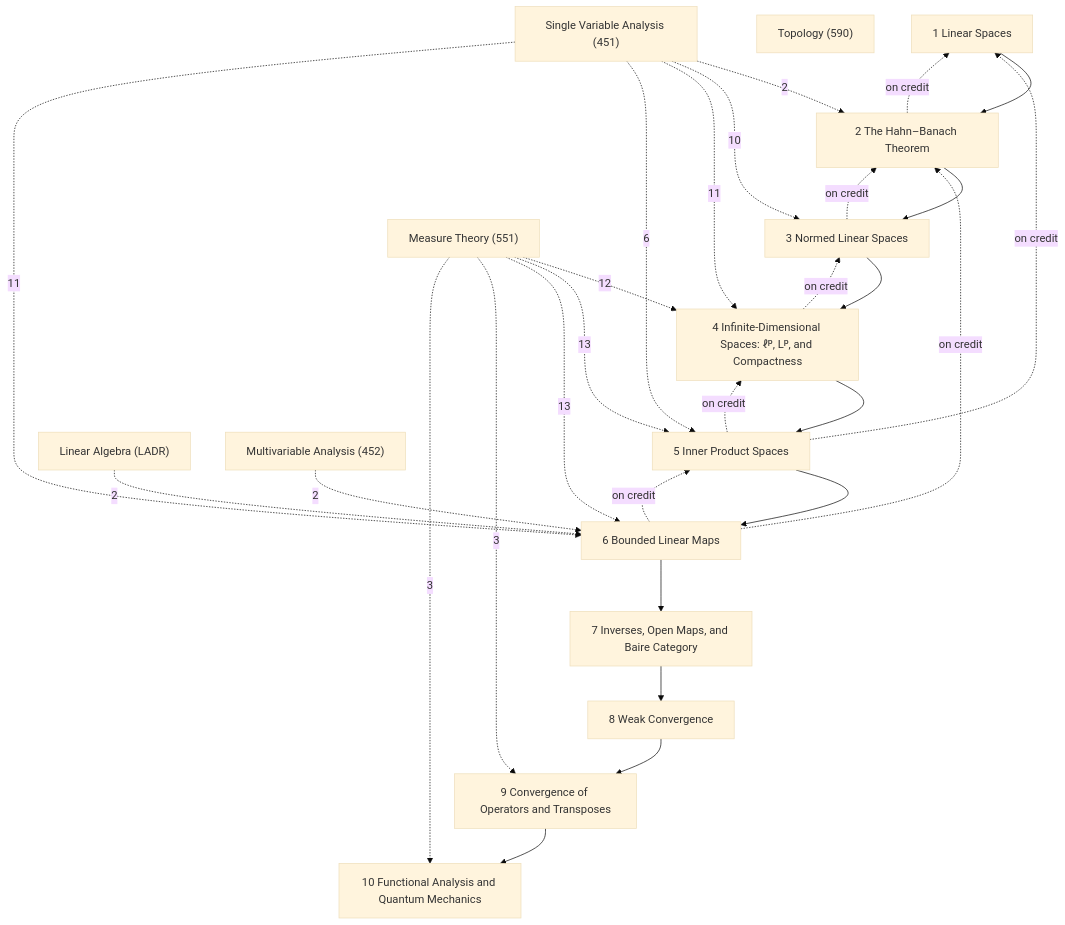
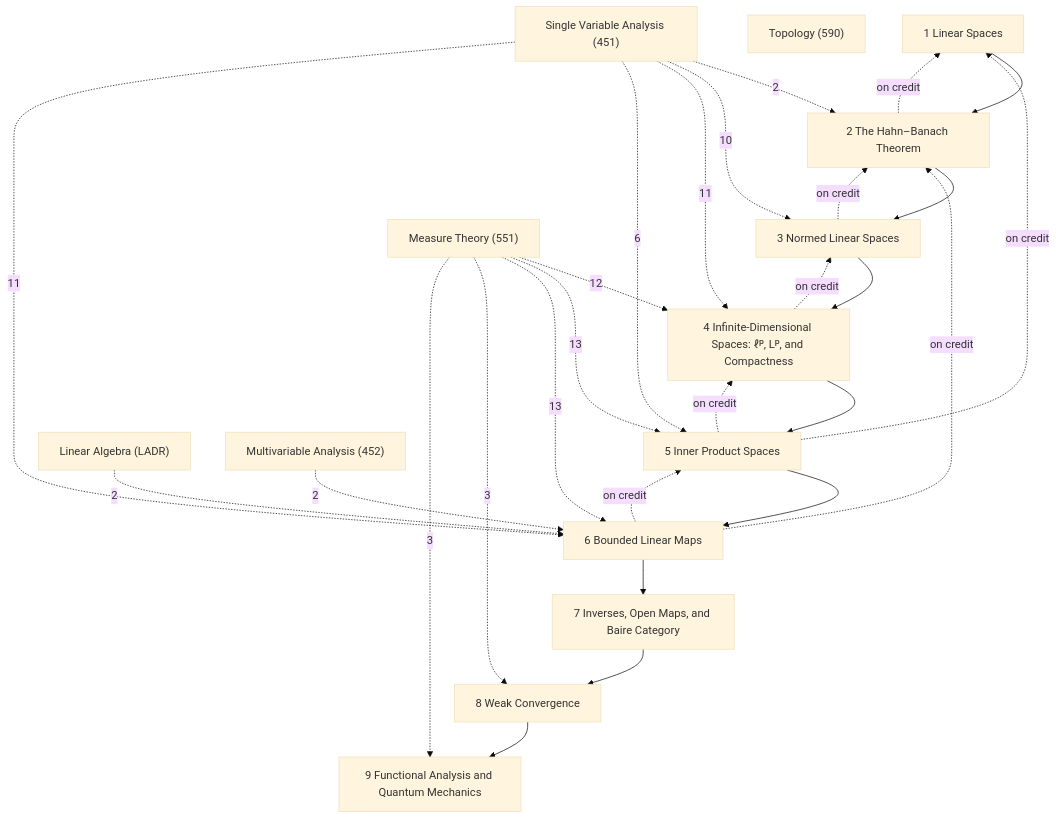
One commit to Onion20040508/notes changed the diagram in Math/Functional Analysis/Functional Analysis.md. Above: the diagram before and after it, drawn with Mermaid (base theme). The commit also changed other lines of this file and 40 other files, not shown here.

````diff
--- a/Math/Functional Analysis/Functional Analysis.md
+++ b/Math/Functional Analysis/Functional Analysis.md
@@ -33,46 +33,44 @@
 ```mermaid
 graph TD
   C1["1 Linear Spaces"]
   C2["2 The Hahn–Banach Theorem"]
   C3["3 Normed Linear Spaces"]
   C4["4 Infinite-Dimensional Spaces: ℓᵖ, Lᵖ, and Compactness"]
   C5["5 Inner Product Spaces"]
   C6["6 Bounded Linear Maps"]
   C7["7 Inverses, Open Maps, and Baire Category"]
   C8["8 Weak Convergence"]
-  C9["9 Convergence of Operators and Transposes"]
-  C10["10 Functional Analysis and Quantum Mechanics"]
+  C9["9 Functional Analysis and Quantum Mechanics"]
   X1["Linear Algebra (LADR)"]
   X2["Measure Theory (551)"]
   X3["Topology (590)"]
   X4["Single Variable Analysis (451)"]
   X5["Multivariable Analysis (452)"]
   C1 --> C2
   C2 --> C3
   C3 --> C4
   C4 --> C5
   C5 --> C6
   C6 --> C7
   C7 --> C8
   C8 --> C9
-  C9 --> C10
   C2 -.->|on credit| C1
   C3 -.->|on credit| C2
   C4 -.->|on credit| C3
   C5 -.->|on credit| C1
   C5 -.->|on credit| C4
   C6 -.->|on credit| C2
   C6 -.->|on credit| C5
   X1 -.->|2| C6
   X2 -.->|12| C4
   X2 -.->|13| C5
   X2 -.->|13| C6
+  X2 -.->|3| C8
   X2 -.->|3| C9
-  X2 -.->|3| C10
   X5 -.->|2| C6
   X4 -.->|2| C2
   X4 -.->|10| C3
   X4 -.->|11| C4
   X4 -.->|6| C5
   X4 -.->|11| C6
 ```
````
